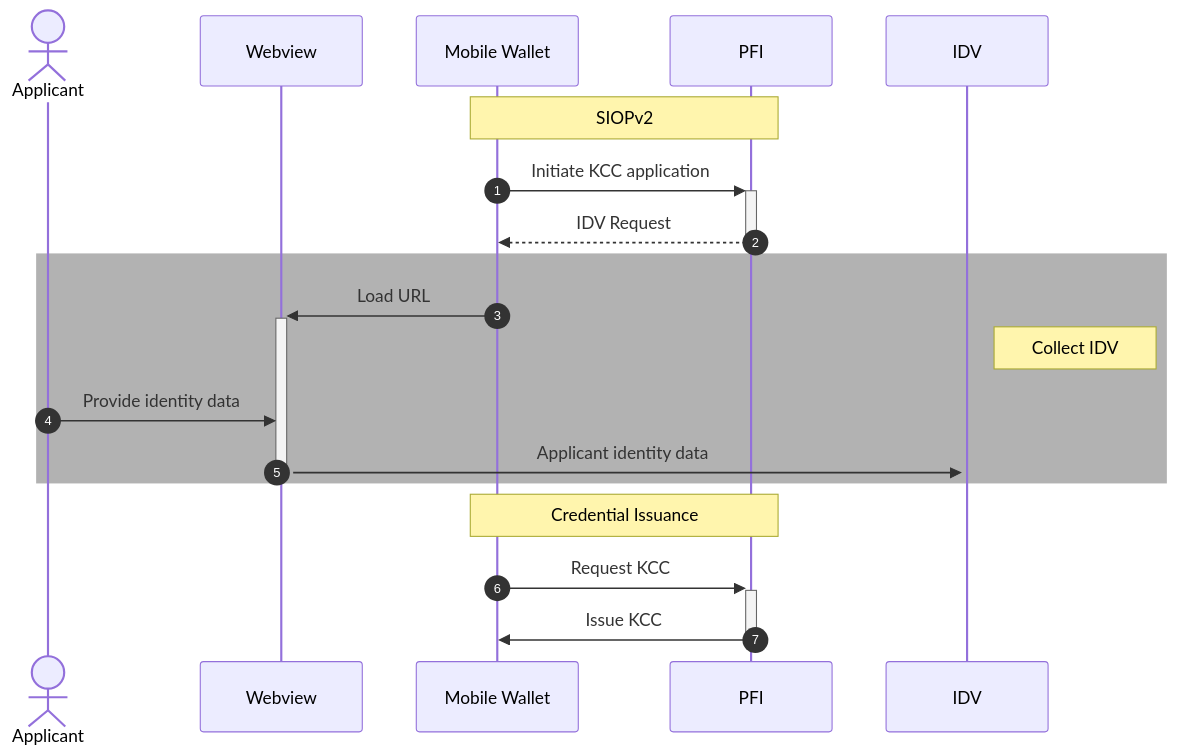
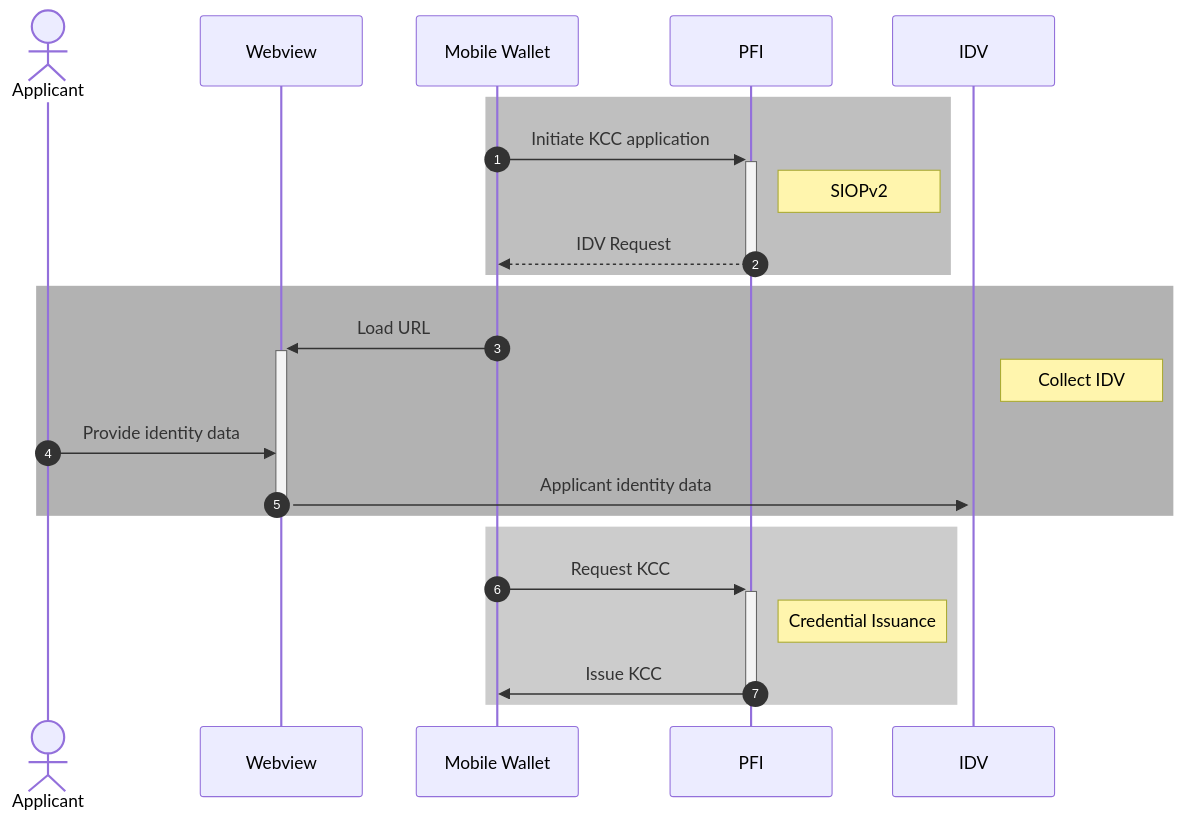
The first of 6 diagrams in README.md (TBD54566975/known-customer-credential), drawn with Mermaid before and after one commit.

Commit message:
mermaid things 🧜🏼

````diff
--- a/README.md
+++ b/README.md
@@ -194,26 +194,28 @@
 ```mermaid
 sequenceDiagram
 autonumber
 
 actor A as Applicant
 participant W as Webview
 participant D as Mobile Wallet
 participant P as PFI
 participant I as IDV
 
-Note over D,P: SIOPv2
-D->>+P: Initiate KCC application
-P-->>-D: IDV Request
-
-
+rect rgba(0, 0, 0, 0.25)
+    D->>+P: Initiate KCC application
+    Note right of P: SIOPv2
+    P-->>-D: IDV Request
+end
 rect rgba(0, 0, 0, 0.3)
-D->>+W: Load URL
-  Note right of I: Collect IDV
-A->>W: Provide identity data
-W->>+I: Applicant identity data
-deactivate W
+    D->>+W: Load URL
+    Note right of I: Collect IDV
+    A->>W: Provide identity data
+    W->>+I: Applicant identity data
+    deactivate W
 end
-Note over D,P: Credential Issuance
-D->>+P: Request KCC
-P->>-D: Issue KCC
+rect rgba(0, 0, 0, 0.2)
+    D->>+P: Request KCC
+    Note right of P: Credential Issuance
+    P->>-D: Issue KCC
+end
 ```
````
